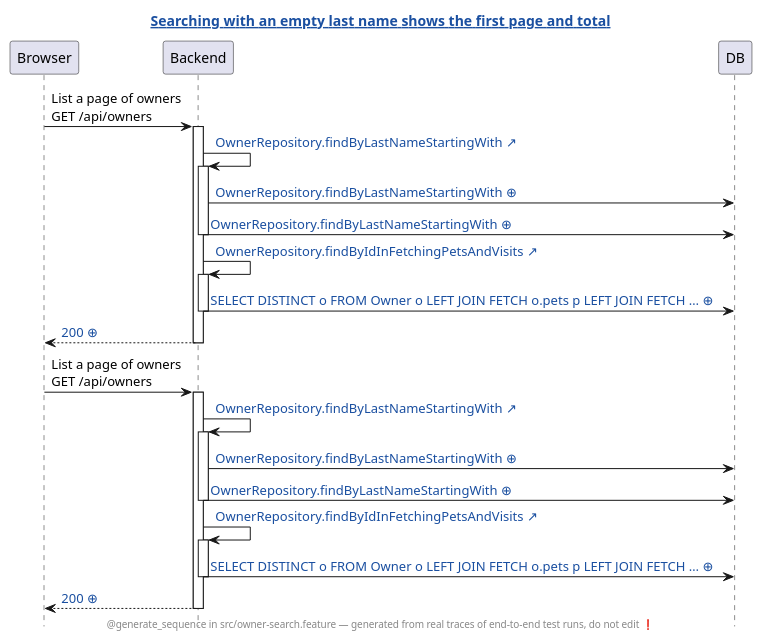
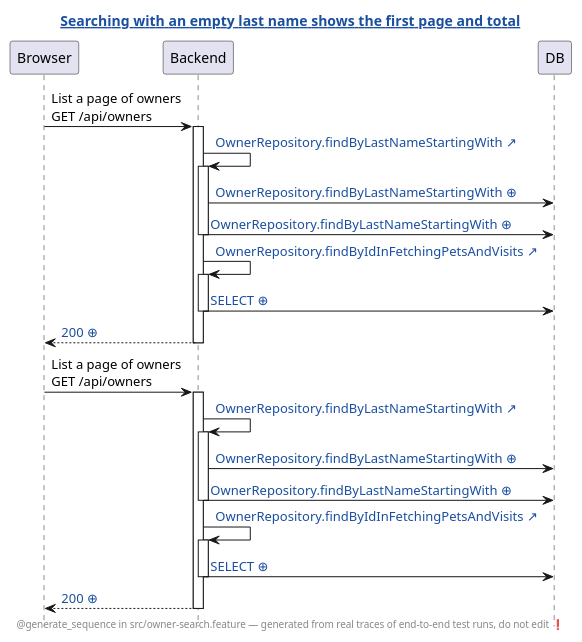
Before and after one commit to victorrentea/petclinic: the diagram in petclinic-test/generated/owner-search.feature.searching-with-an-empty-last-name-shows-the-first-page-and-total.genseq.puml, drawn with PlantUML. The commit also changed 3 other files, not shown here.

First line of the commit message:
genseq: an @Query arrow says SELECT, not forty clipped words of HQL

```diff
--- a/petclinic-test/generated/owner-search.feature.searching-with-an-empty-last-name-shows-the-first-page-and-total.genseq.puml
+++ b/petclinic-test/generated/owner-search.feature.searching-with-an-empty-last-name-shows-the-first-page-and-total.genseq.puml
@@ -1,37 +1,37 @@
 @startuml
 ' ⚠️  GENERATED FILE — DO NOT EDIT. Every edit is lost on the next run.
 hide footbox
 skinparam hyperlinkUnderline false
 skinparam hyperlinkColor #1A4FA0
 title [[src://petclinic-test/src/owner-search.feature:26{Click to open the test} Searching with an empty last name shows the first page and total]]
 footer @generate_sequence in src/owner-search.feature — generated from real traces of end-to-end test runs, do not edit ❗
 participant Browser
 participant Backend
 participant DB
 Browser -> Backend: List a page of owners\nGET /api/owners
 activate Backend
 Backend -> Backend: [[src://petclinic-backend/src/main/java/victor/training/petclinic/repository/OwnerRepository.java:14{Click to open OwnerRepository.findByLastNameStartingWith} OwnerRepository.findByLastNameStartingWith ↗]]
 activate Backend
 Backend -> DB: [[genseq://06lhb5c{Click for the statement behind this call} OwnerRepository.findByLastNameStartingWith ⊕]]
 Backend -> DB: [[genseq://0rcs8yy{Click for the statement behind this call} OwnerRepository.findByLastNameStartingWith ⊕]]
 deactivate Backend
 Backend -> Backend: [[src://petclinic-backend/src/main/java/victor/training/petclinic/repository/OwnerRepository.java:25{Click to open OwnerRepository.findByIdInFetchingPetsAndVisits} OwnerRepository.findByIdInFetchingPetsAndVisits ↗]]
 activate Backend
-Backend -> DB: [[genseq://0hui4n0{Click for the statement behind this call} SELECT DISTINCT o FROM Owner o LEFT JOIN FETCH o.pets p LEFT JOIN FETCH … ⊕]]
+Backend -> DB: [[genseq://0p7jb4s{Click for the statement behind this call} SELECT ⊕]]
 deactivate Backend
 Backend --> Browser: [[genseq://1z0itvq{Click for this call’s JSON body} 200 ⊕]]
 deactivate Backend
 Browser -> Backend: List a page of owners\nGET /api/owners
 activate Backend
 Backend -> Backend: [[src://petclinic-backend/src/main/java/victor/training/petclinic/repository/OwnerRepository.java:14{Click to open OwnerRepository.findByLastNameStartingWith} OwnerRepository.findByLastNameStartingWith ↗]]
 activate Backend
 Backend -> DB: [[genseq://06lhb5c{Click for the statement behind this call} OwnerRepository.findByLastNameStartingWith ⊕]]
 Backend -> DB: [[genseq://0rcs8yy{Click for the statement behind this call} OwnerRepository.findByLastNameStartingWith ⊕]]
 deactivate Backend
 Backend -> Backend: [[src://petclinic-backend/src/main/java/victor/training/petclinic/repository/OwnerRepository.java:25{Click to open OwnerRepository.findByIdInFetchingPetsAndVisits} OwnerRepository.findByIdInFetchingPetsAndVisits ↗]]
 activate Backend
-Backend -> DB: [[genseq://0hui4n0{Click for the statement behind this call} SELECT DISTINCT o FROM Owner o LEFT JOIN FETCH o.pets p LEFT JOIN FETCH … ⊕]]
+Backend -> DB: [[genseq://0p7jb4s{Click for the statement behind this call} SELECT ⊕]]
 deactivate Backend
 Backend --> Browser: [[genseq://1z0itvq{Click for this call’s JSON body} 200 ⊕]]
 deactivate Backend
 @enduml
```
